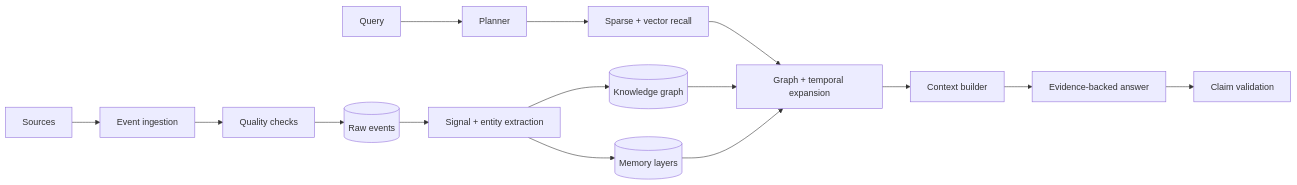
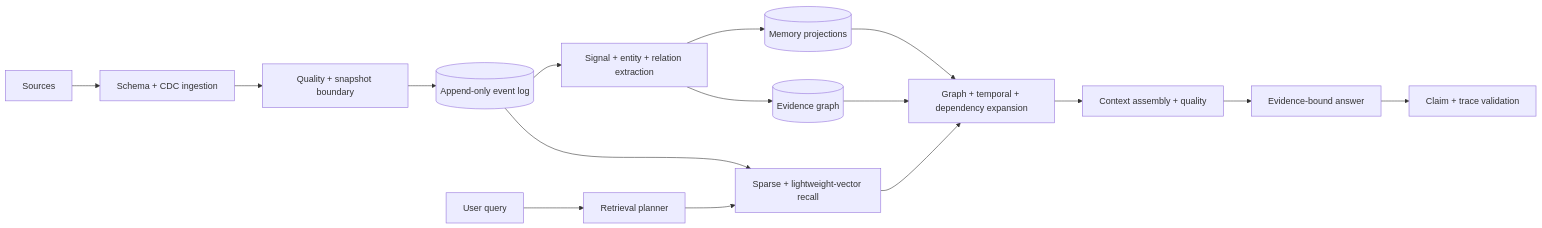
Before and after one commit to shasanksingh/MemoraeAI: the diagram in README.md, drawn with Mermaid. The commit also changed other lines of this file and 1 other file, not shown here.

````diff
--- a/README.md
+++ b/README.md
@@ -88,17 +61,18 @@
 ```mermaid
 flowchart LR
-  S[Sources] --> I[Event ingestion]
-  I --> Q[Quality checks]
-  Q --> E[(Raw events)]
-  E --> X[Signal + entity extraction]
-  X --> M[(Memory layers)]
-  X --> G[(Knowledge graph)]
-  U[Query] --> P[Planner]
-  P --> R[Sparse + vector recall]
-  R --> GE[Graph + temporal expansion]
+  S[Sources] --> I[Schema + CDC ingestion]
+  I --> Q[Quality + snapshot boundary]
+  Q --> E[(Append-only event log)]
+  E --> X[Signal + entity + relation extraction]
+  X --> M[(Memory projections)]
+  X --> G[(Evidence graph)]
+  E --> R[Sparse + lightweight-vector recall]
+  U[User query] --> P[Retrieval planner]
+  P --> R
+  R --> GE[Graph + temporal + dependency expansion]
   G --> GE
   M --> GE
-  GE --> C[Context builder]
-  C --> A[Evidence-backed answer]
-  A --> V[Claim validation]
+  GE --> C[Context assembly + quality]
+  C --> A[Evidence-bound answer]
+  A --> V[Claim + trace validation]
 ```
````
